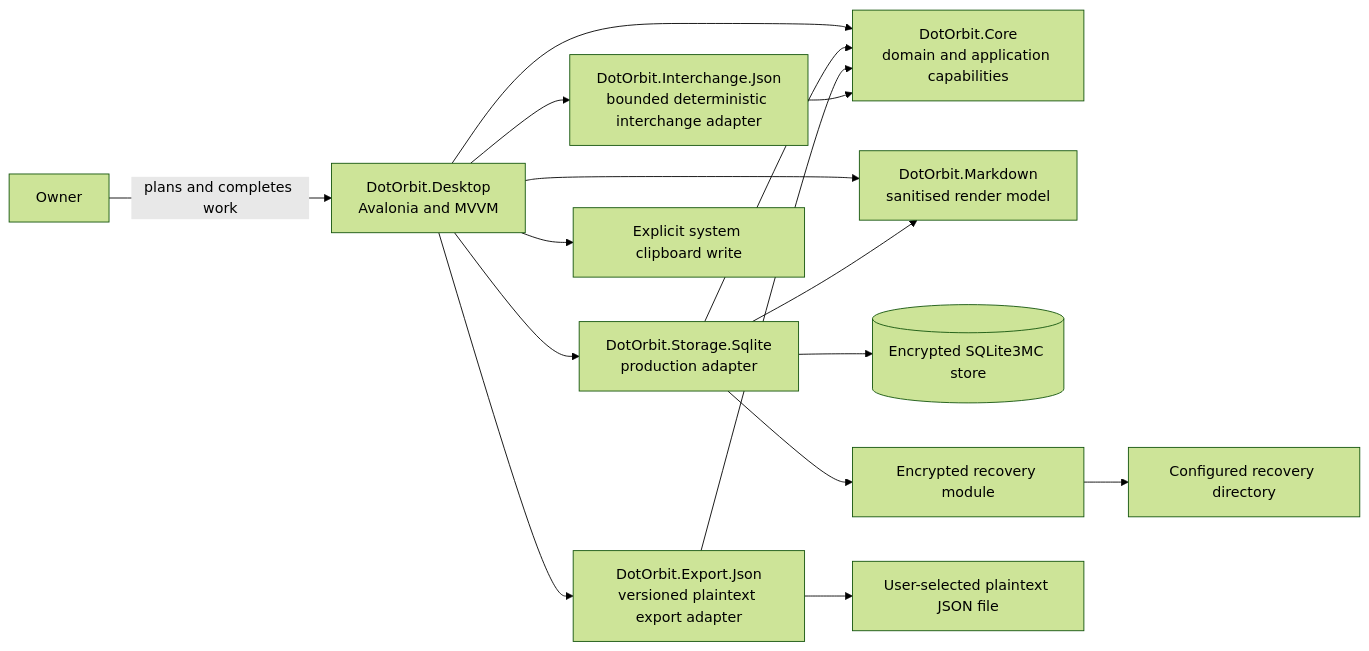
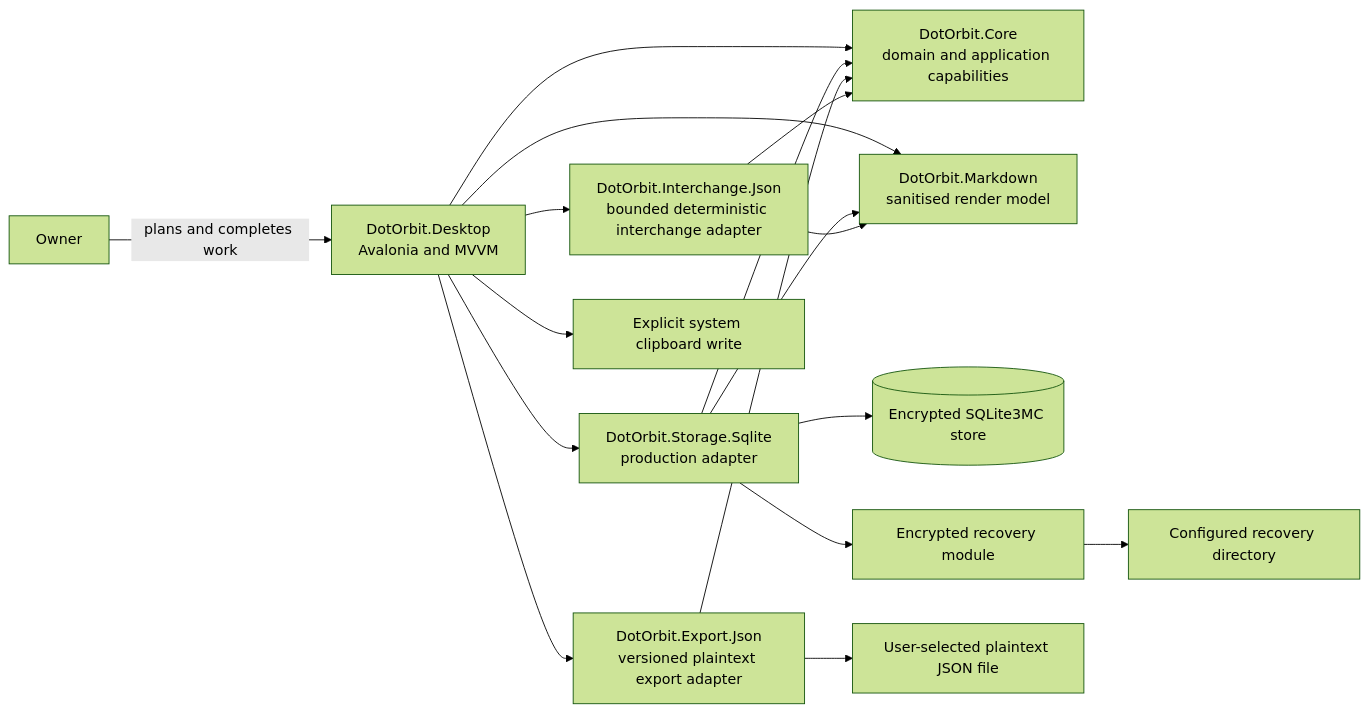
The first of 2 diagrams in docs/architecture/system-context.md (nullabletype/dot-orbit), drawn with Mermaid (forest theme) before and after one commit. The commit also changed other lines of this file and 26 other files, not shown here.

````diff
--- a/docs/architecture/system-context.md
+++ b/docs/architecture/system-context.md
@@ -5,18 +5,19 @@
 ```mermaid
 flowchart LR
     Owner[Owner] -->|plans and completes work| Desktop[DotOrbit.Desktop<br/>Avalonia and MVVM]
     Desktop --> Core[DotOrbit.Core<br/>domain and application capabilities]
     Desktop --> Storage[DotOrbit.Storage.Sqlite<br/>production adapter]
     Desktop --> Markdown[DotOrbit.Markdown<br/>sanitised render model]
     Desktop --> Export[DotOrbit.Export.Json<br/>versioned plaintext export adapter]
     Desktop --> Interchange[DotOrbit.Interchange.Json<br/>bounded deterministic interchange adapter]
     Storage --> Core
     Storage --> Markdown
     Export --> Core
     Interchange --> Core
+    Interchange --> Markdown
     Storage --> Store[(Encrypted SQLite3MC store)]
     Storage --> Recovery[Encrypted recovery module]
     Recovery --> BackupFolder[Configured recovery directory]
     Export --> ExportFile[User-selected plaintext JSON file]
     Desktop --> Clipboard[Explicit system clipboard write]
 ```
````
